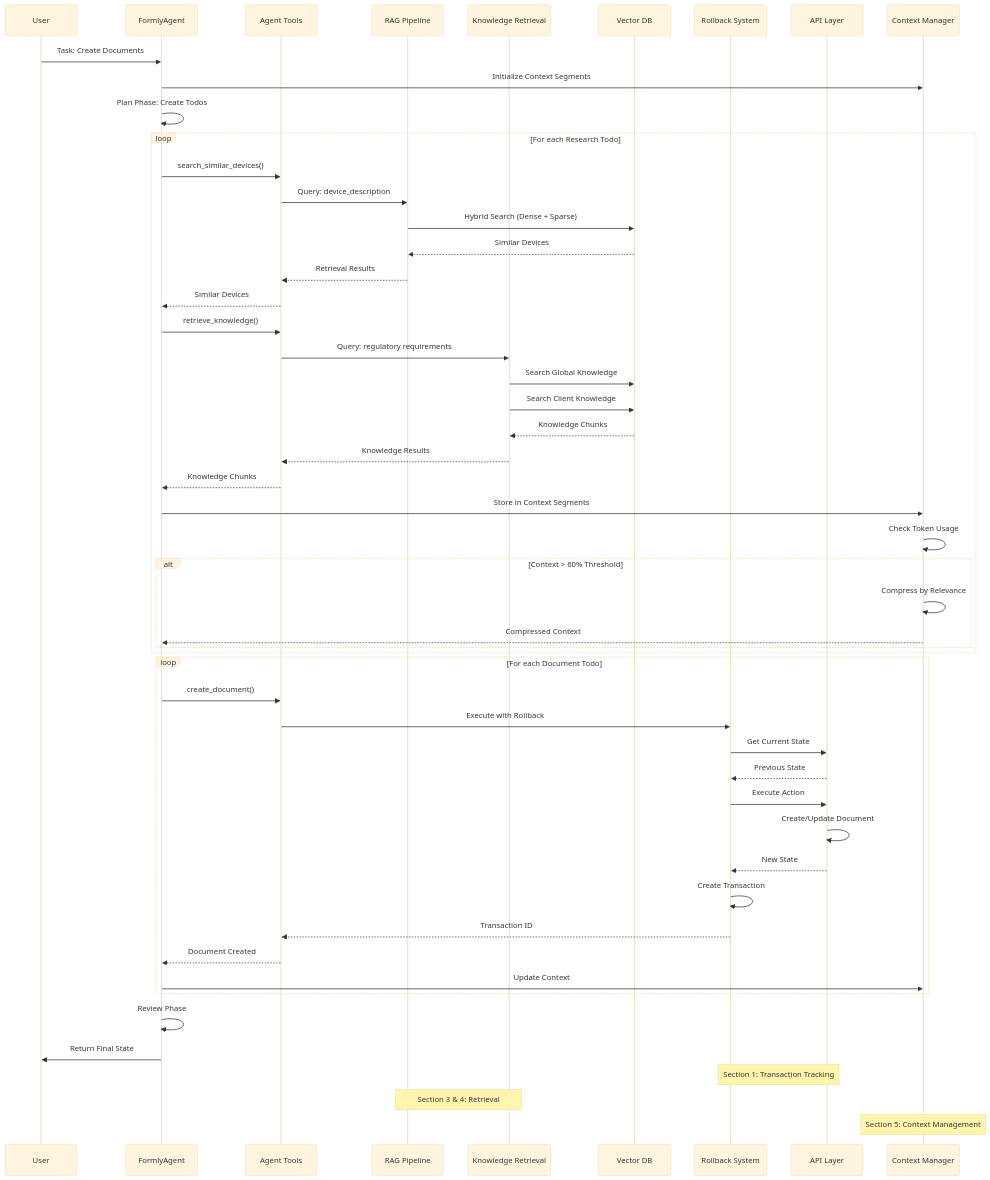
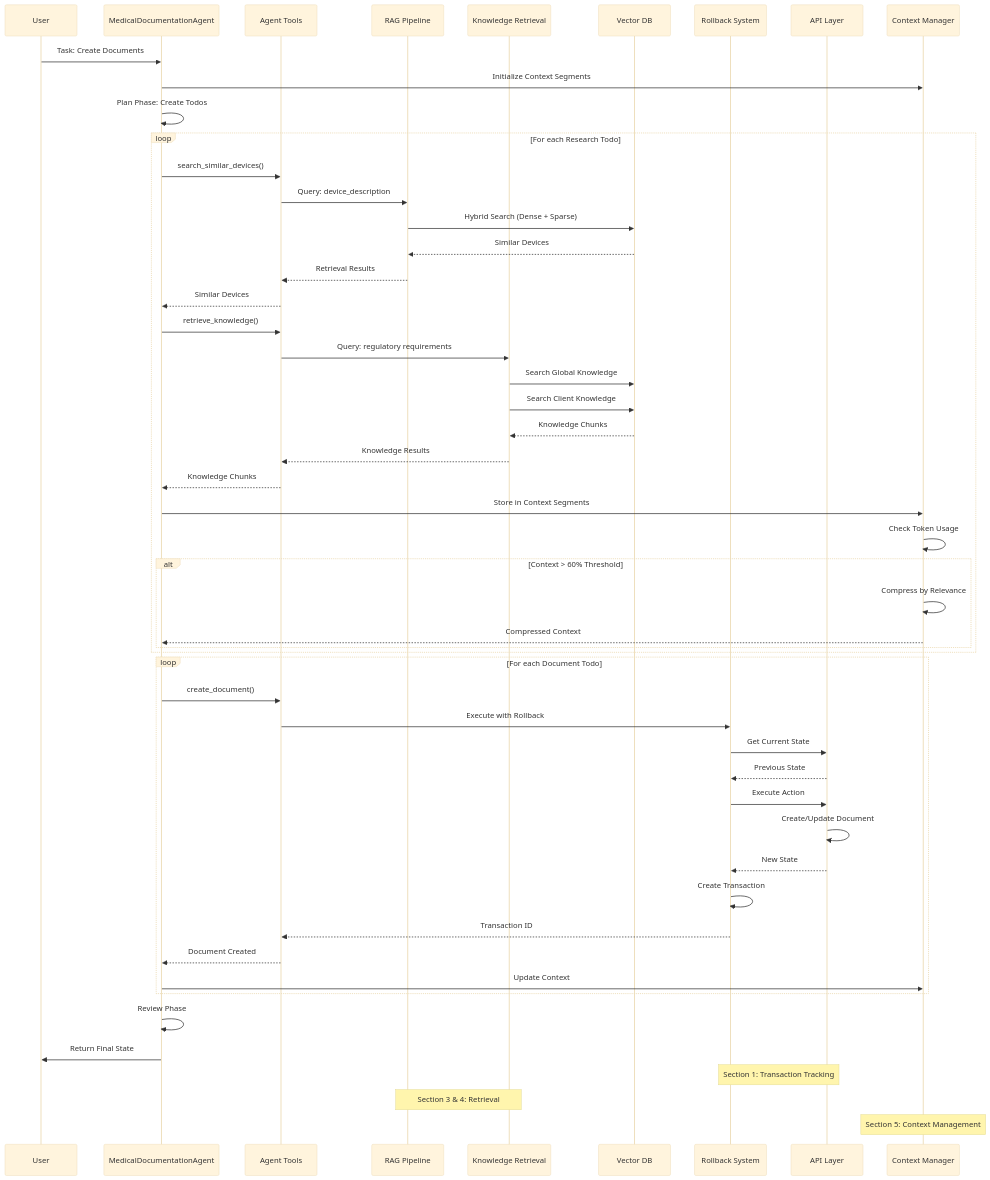
One commit to deepyad/Medical_Documentation_Agents changed the fourth of 12 diagrams in Documentation/ARCHITECTURE_FLOW_DIAGRAMS.md. Above: the diagram before and after it, drawn with Mermaid (base theme). The commit also changed other lines of this file and 14 other files, not shown here.

````diff
--- a/Documentation/ARCHITECTURE_FLOW_DIAGRAMS.md
+++ b/Documentation/ARCHITECTURE_FLOW_DIAGRAMS.md
@@ -541,62 +541,62 @@
 ```mermaid
 sequenceDiagram
     participant User
-    participant Agent as FormlyAgent
+    participant Agent as MedicalDocumentationAgent
     participant Tools as Agent Tools
     participant RAG as RAG Pipeline
     participant KR as Knowledge Retrieval
     participant Qdrant as Vector DB
     participant Rollback as Rollback System
     participant API as API Layer
     participant Context as Context Manager
     
     User->>Agent: Task: Create Documents
     Agent->>Context: Initialize Context Segments
     
     Agent->>Agent: Plan Phase: Create Todos
     
     loop For each Research Todo
         Agent->>Tools: search_similar_devices()
         Tools->>RAG: Query: device_description
         RAG->>Qdrant: Hybrid Search (Dense + Sparse)
         Qdrant-->>RAG: Similar Devices
         RAG-->>Tools: Retrieval Results
         Tools-->>Agent: Similar Devices
         
         Agent->>Tools: retrieve_knowledge()
         Tools->>KR: Query: regulatory requirements
         KR->>Qdrant: Search Global Knowledge
         KR->>Qdrant: Search Client Knowledge
         Qdrant-->>KR: Knowledge Chunks
         KR-->>Tools: Knowledge Results
         Tools-->>Agent: Knowledge Chunks
         
         Agent->>Context: Store in Context Segments
         Context->>Context: Check Token Usage
         alt Context > 60% Threshold
             Context->>Context: Compress by Relevance
             Context-->>Agent: Compressed Context
         end
     end
     
     loop For each Document Todo
         Agent->>Tools: create_document()
         Tools->>Rollback: Execute with Rollback
         Rollback->>API: Get Current State
         API-->>Rollback: Previous State
         Rollback->>API: Execute Action
         API->>API: Create/Update Document
         API-->>Rollback: New State
         Rollback->>Rollback: Create Transaction
         Rollback-->>Tools: Transaction ID
         Tools-->>Agent: Document Created
         Agent->>Context: Update Context
     end
     
     Agent->>Agent: Review Phase
     Agent->>User: Return Final State
     
     note over Rollback,API: Section 1: Transaction Tracking
     note over RAG,KR: Section 3 & 4: Retrieval
     note over Context: Section 5: Context Management
 ```
````
